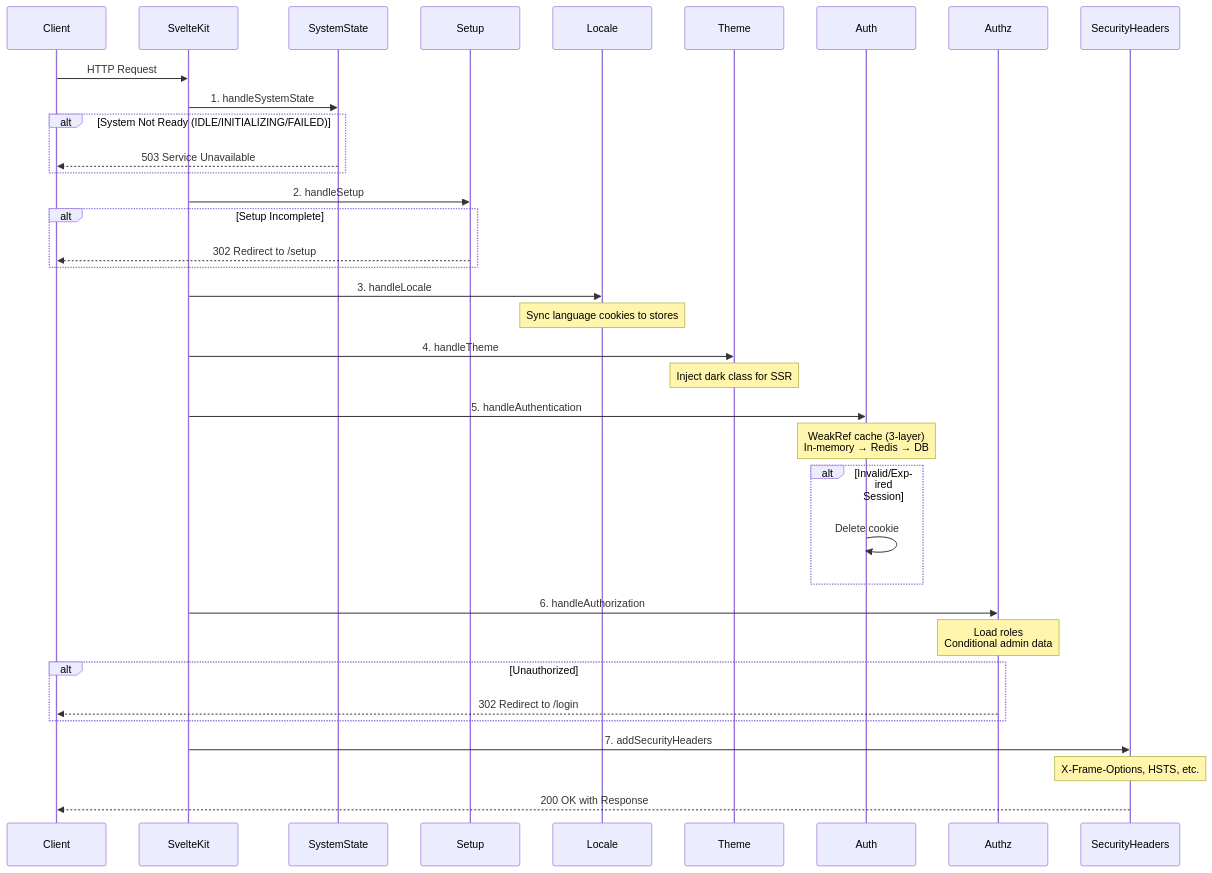
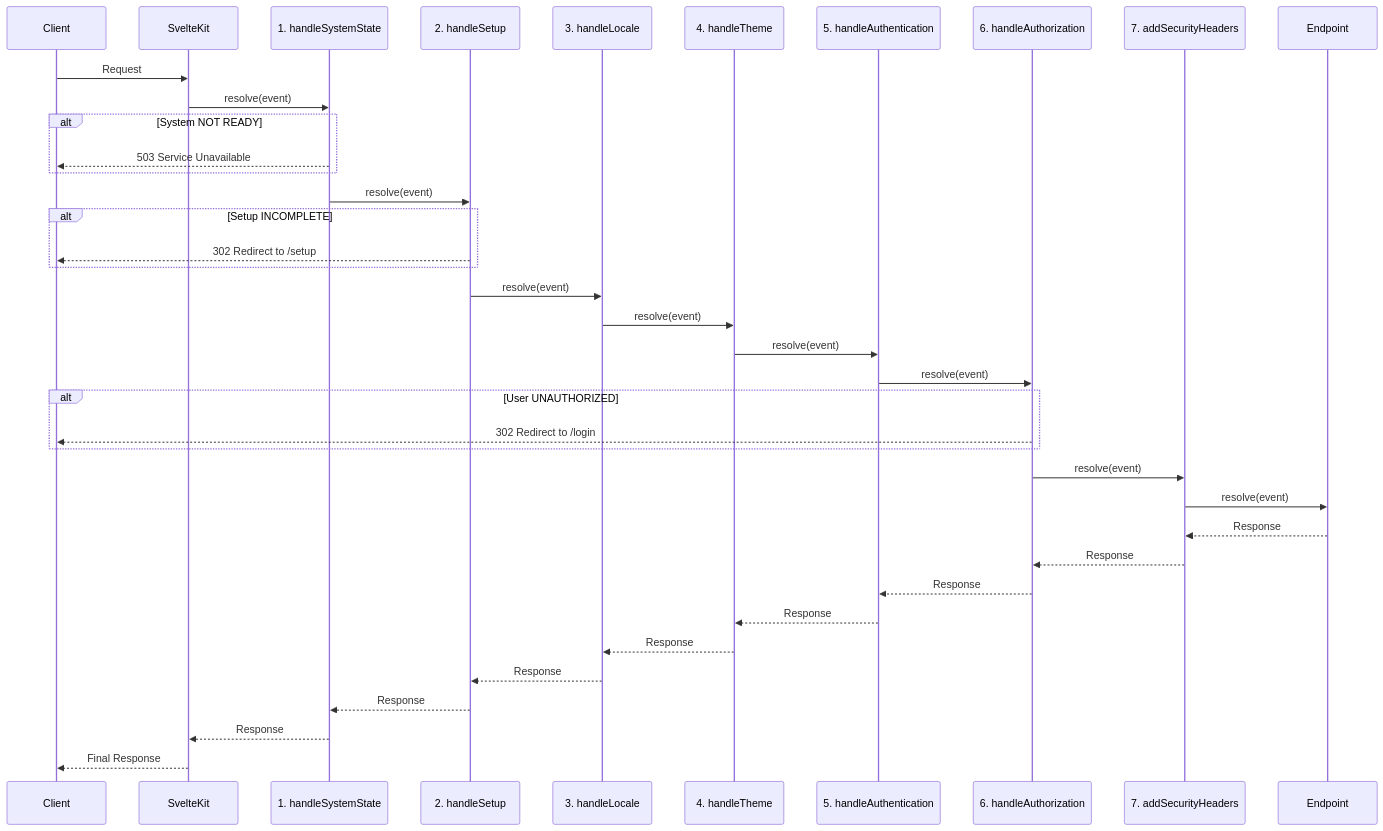
One commit to SveltyCMS/SveltyCMS changed the diagram in docs/architecture/server-hooks.mdx. Above: the diagram before and after it, drawn with Mermaid. The commit also changed other lines of this file and 30 other files, not shown here.

Commit message:
chore: Real-time GraphQL

````diff
--- a/docs/architecture/server-hooks.mdx
+++ b/docs/architecture/server-hooks.mdx
@@ -664,47 +664,41 @@
 ```mermaid
 sequenceDiagram
     participant Client
     participant SvelteKit
-    participant SystemState
-    participant Setup
-    participant Locale
-    participant Theme
-    participant Auth
-    participant Authz
-    participant SecurityHeaders
+    participant SystemState as 1. handleSystemState
+    participant Setup as 2. handleSetup
+    participant Locale as 3. handleLocale
+    participant Theme as 4. handleTheme
+    participant Auth as 5. handleAuthentication
+    participant Authz as 6. handleAuthorization
+    participant Security as 7. addSecurityHeaders
+    participant Endpoint
 
-    Client->>SvelteKit: HTTP Request
-
-    SvelteKit->>SystemState: 1. handleSystemState
-    alt System Not Ready (IDLE/INITIALIZING/FAILED)
+    Client->>SvelteKit: Request
+    SvelteKit->>SystemState: resolve(event)
+    alt System NOT READY
         SystemState-->>Client: 503 Service Unavailable
     end
-
-    SvelteKit->>Setup: 2. handleSetup
-    alt Setup Incomplete
+    SystemState->>Setup: resolve(event)
+    alt Setup INCOMPLETE
         Setup-->>Client: 302 Redirect to /setup
     end
-
-    SvelteKit->>Locale: 3. handleLocale
-    Note over Locale: Sync language cookies to stores
-
-    SvelteKit->>Theme: 4. handleTheme
-    Note over Theme: Inject dark class for SSR
-
-    SvelteKit->>Auth: 5. handleAuthentication
-    Note over Auth: WeakRef cache (3-layer)<br/>In-memory → Redis → DB
-    alt Invalid/Expired Session
-        Auth->>Auth: Delete cookie
-    end
-
-    SvelteKit->>Authz: 6. handleAuthorization
-    Note over Authz: Load roles<br/>Conditional admin data
-    alt Unauthorized
+    Setup->>Locale: resolve(event)
+    Locale->>Theme: resolve(event)
+    Theme->>Auth: resolve(event)
+    Auth->>Authz: resolve(event)
+    alt User UNAUTHORIZED
         Authz-->>Client: 302 Redirect to /login
     end
-
-    SvelteKit->>SecurityHeaders: 7. addSecurityHeaders
-    Note over SecurityHeaders: X-Frame-Options, HSTS, etc.
-
-    SecurityHeaders-->>Client: 200 OK with Response
+    Authz->>Security: resolve(event)
+    Security->>Endpoint: resolve(event)
+    Endpoint-->>Security: Response
+    Security-->>Authz: Response
+    Authz-->>Auth: Response
+    Auth-->>Theme: Response
+    Theme-->>Locale: Response
+    Locale-->>Setup: Response
+    Setup-->>SystemState: Response
+    SystemState-->>SvelteKit: Response
+    SvelteKit-->>Client: Final Response
 ```
````
